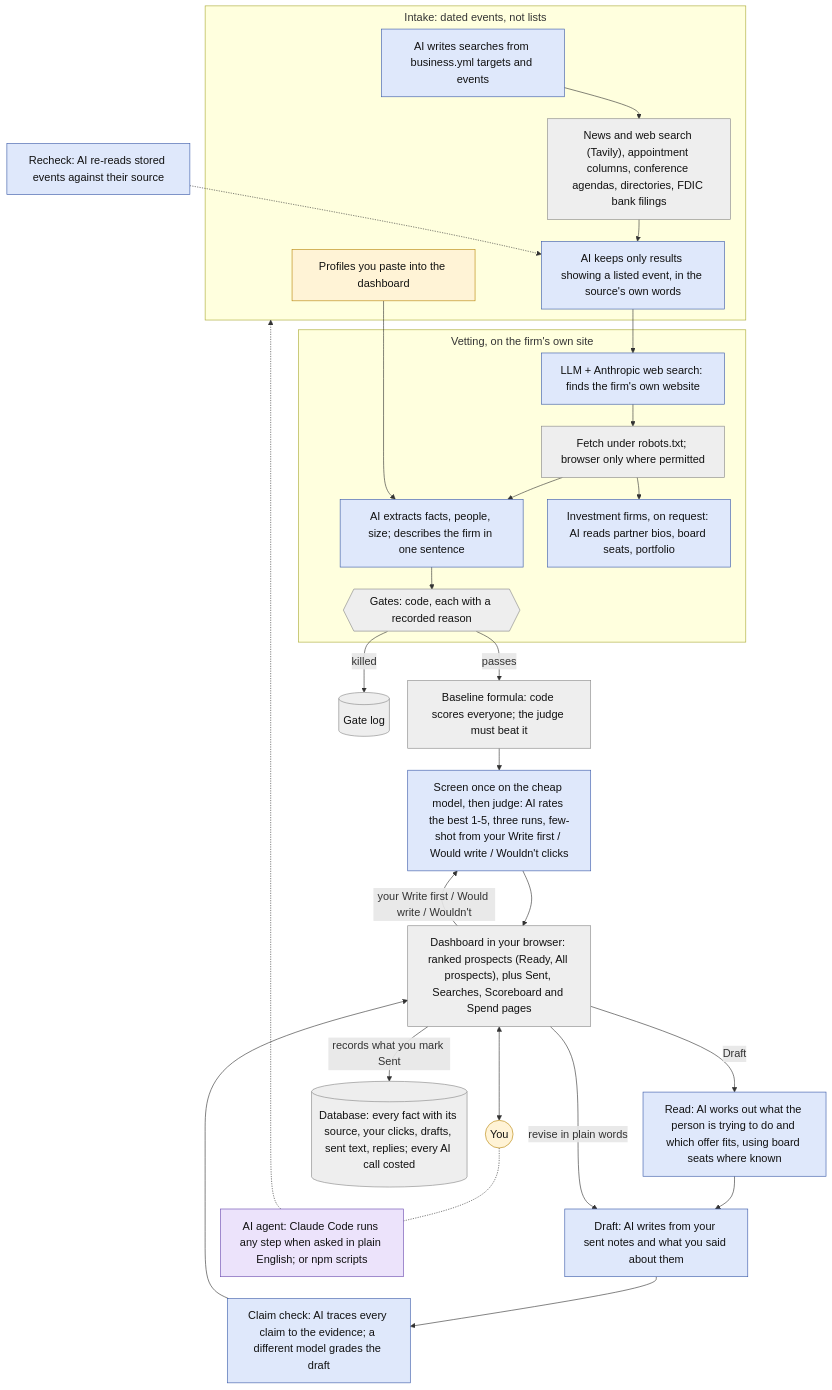
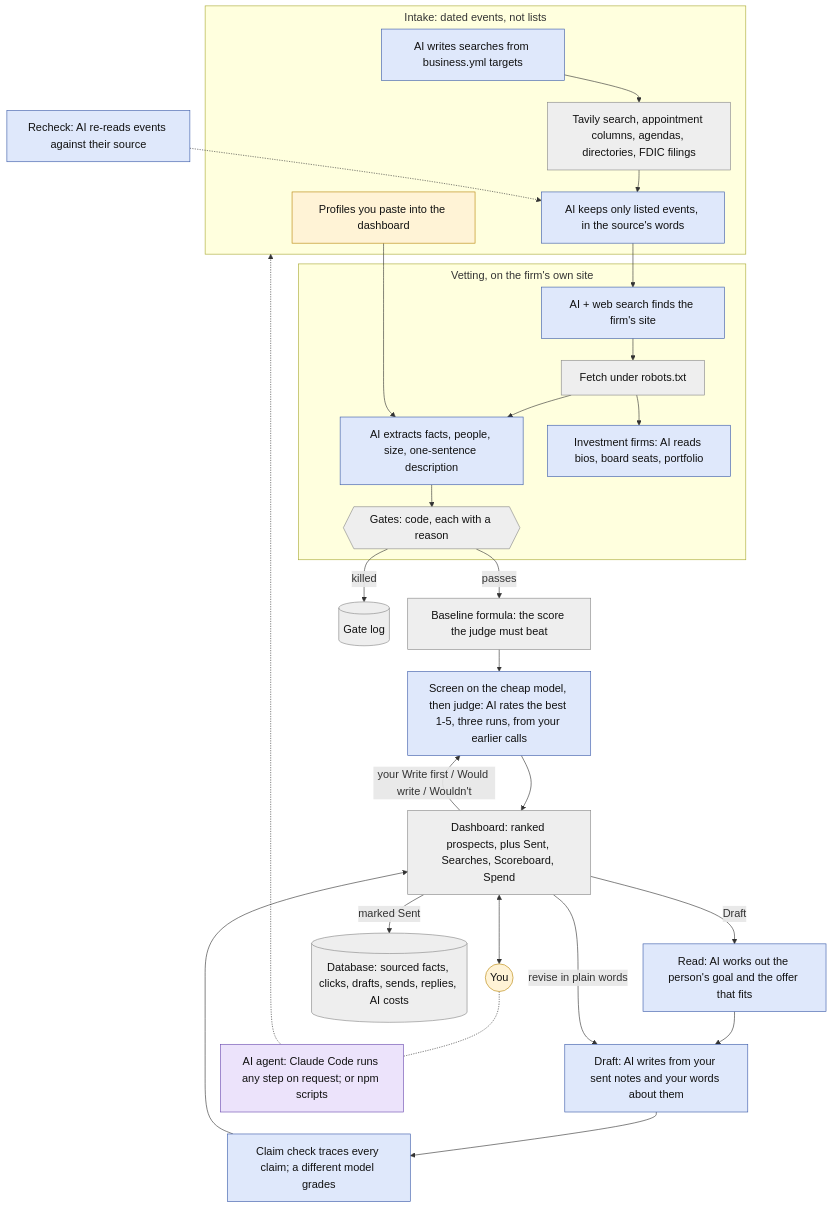
The diagram in docs/how-it-works.md (joehahn/prospect-scanner), drawn with Mermaid before and after one commit. The commit also changed other lines of this file, not shown here.

First line of the commit message:
How it works reads in two thirds the words

````diff
--- a/docs/how-it-works.md
+++ b/docs/how-it-works.md
@@ -5,41 +5,41 @@
 ```mermaid
 %%{init: {'themeVariables': {'fontSize': '18px'}, 'flowchart': {'wrappingWidth': 240, 'nodeSpacing': 30, 'rankSpacing': 36, 'subGraphTitleMargin': {'top': 6, 'bottom': 14}}}}%%
 flowchart TD
   subgraph intake["Intake: dated events, not lists"]
-    Q["AI writes searches from business.yml targets and events"]:::ai
-    W["News and web search (Tavily), appointment columns, conference agendas, directories, FDIC bank filings"]:::code
-    K["AI keeps only results showing a listed event, in the source's own words"]:::ai
+    Q["AI writes searches from business.yml targets"]:::ai
+    W["Tavily search, appointment columns, agendas, directories, FDIC filings"]:::code
+    K["AI keeps only listed events, in the source's words"]:::ai
     PA["Profiles you paste into the dashboard"]:::you
     Q --> W --> K
   end
   subgraph vet["Vetting, on the firm's own site"]
-    WS["LLM + Anthropic web search: finds the firm's own website"]:::ai
-    V["Fetch under robots.txt; browser only where permitted"]:::code
-    X["AI extracts facts, people, size; describes the firm in one sentence"]:::ai
-    B["Investment firms, on request: AI reads partner bios, board seats, portfolio"]:::ai
-    G{{"Gates: code, each with a recorded reason"}}:::code
+    WS["AI + web search finds the firm's site"]:::ai
+    V["Fetch under robots.txt"]:::code
+    X["AI extracts facts, people, size, one-sentence description"]:::ai
+    B["Investment firms: AI reads bios, board seats, portfolio"]:::ai
+    G{{"Gates: code, each with a reason"}}:::code
     V --> B
     WS --> V --> X --> G
   end
   K --> WS
   PA --> X
-  G -- "passes" --> F["Baseline formula: code scores everyone; the judge must beat it"]:::code
-  F --> J["Screen once on the cheap model, then judge: AI rates the best 1-5, three runs, few-shot from your Write first / Would write / Wouldn't clicks"]:::ai
+  G -- "passes" --> F["Baseline formula: the score the judge must beat"]:::code
+  F --> J["Screen on the cheap model, then judge: AI rates the best 1-5, three runs, from your earlier calls"]:::ai
   G -- "killed" --> L[("Gate log")]:::code
-  J --> P["Dashboard in your browser: ranked prospects (Ready, All prospects), plus Sent, Searches, Scoreboard and Spend pages"]:::code
+  J --> P["Dashboard: ranked prospects, plus Sent, Searches, Scoreboard, Spend"]:::code
   P <--> Y(("You")):::you
   P -- "your Write first / Would write / Wouldn't" --> J
-  P -- "Draft" --> RD["Read: AI works out what the person is trying to do and which offer fits, using board seats where known"]:::ai
-  RD --> D["Draft: AI writes from your sent notes and what you said about them"]:::ai
-  D --> CC["Claim check: AI traces every claim to the evidence; a different model grades the draft"]:::ai
+  P -- "Draft" --> RD["Read: AI works out the person's goal and the offer that fits"]:::ai
+  RD --> D["Draft: AI writes from your sent notes and your words about them"]:::ai
+  D --> CC["Claim check traces every claim; a different model grades"]:::ai
   CC --> P
   P -- "revise in plain words" --> D
-  P -- "records what you mark Sent" --> S[("Database: every fact with its source, your clicks, drafts, sent text, replies; every AI call costed")]:::code
-  RC["Recheck: AI re-reads stored events against their source"]:::ai -.-> K
-  CLI["AI agent: Claude Code runs any step when asked in plain English; or npm scripts"]:::agent -.-> intake
+  P -- "marked Sent" --> S[("Database: sourced facts, clicks, drafts, sends, replies, AI costs")]:::code
+  RC["Recheck: AI re-reads events against their source"]:::ai -.-> K
+  CLI["AI agent: Claude Code runs any step on request; or npm scripts"]:::agent -.-> intake
   Y -.- CLI
   classDef ai fill:#dfe8fb,stroke:#3b5ba9,color:#111
   classDef code fill:#eeeeee,stroke:#888888,color:#111
   classDef you fill:#fff3d6,stroke:#b8860b,color:#111
   classDef agent fill:#ece3fb,stroke:#6b4bb0,color:#111
 ```
````
